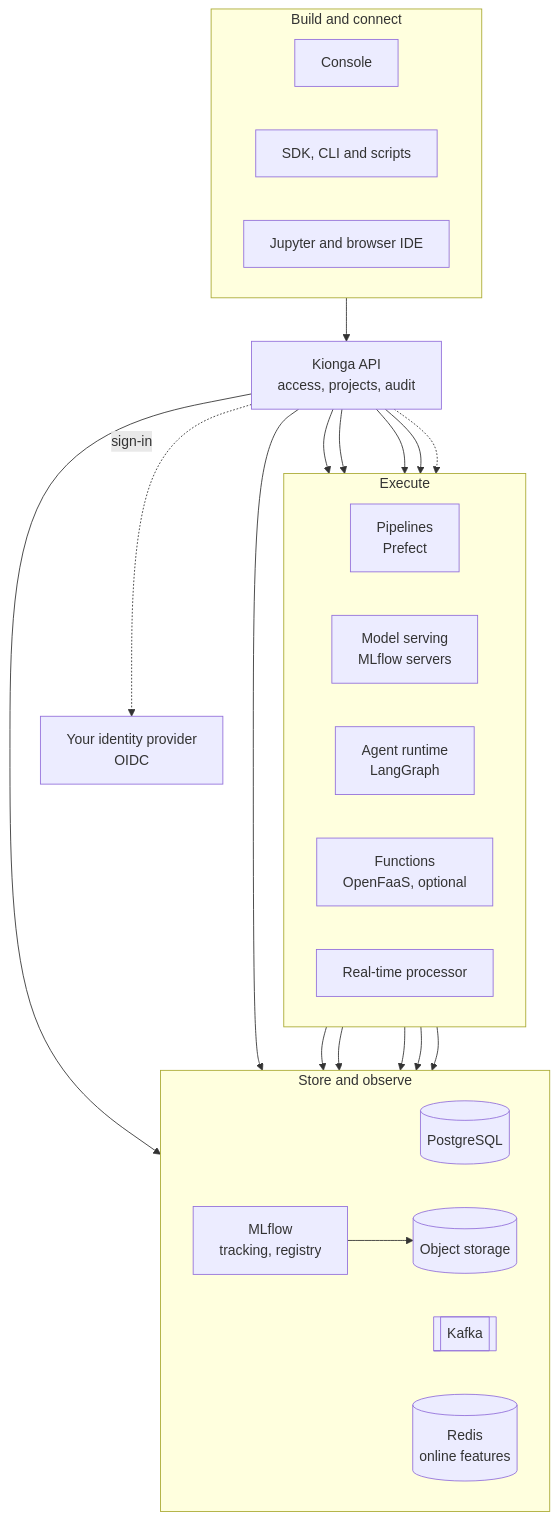
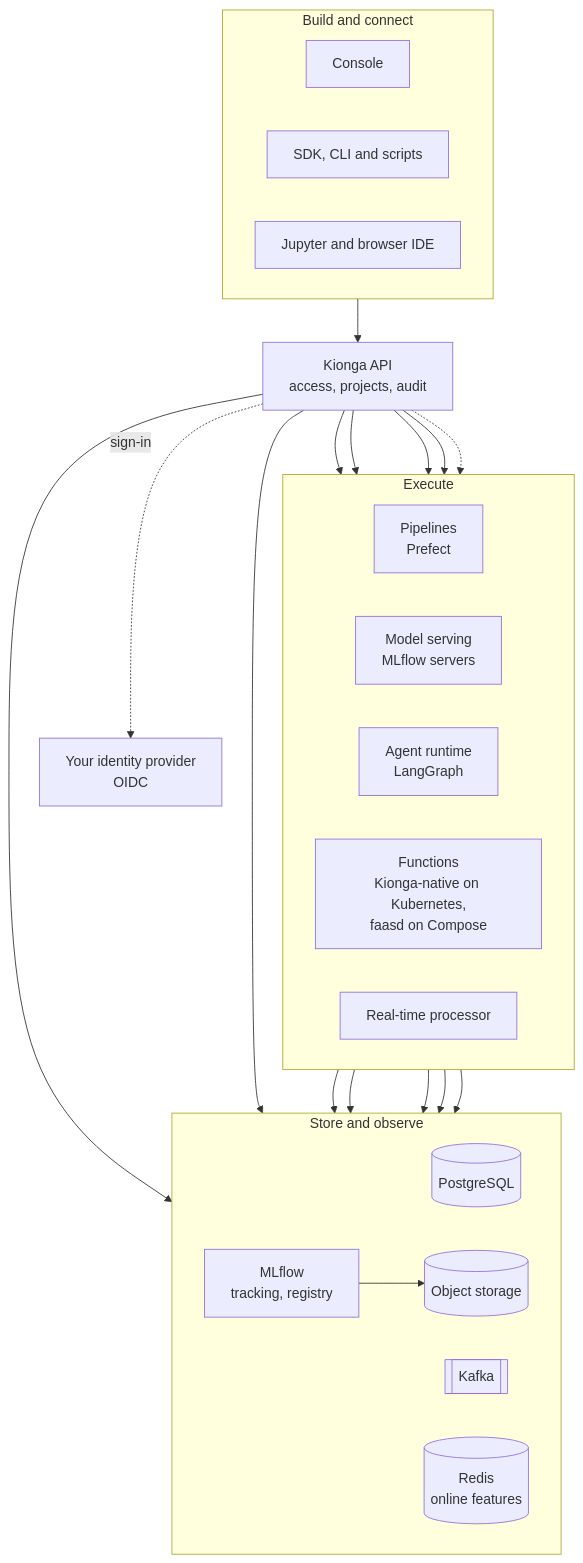
One commit to kiongahq/docs changed the diagram in docs/concepts/how-it-works.md. Above: the diagram before and after it, drawn with Mermaid. The commit also changed other lines of this file and 30 other files, not shown here.

First line of the commit message:
docs: applications, functions, model canary, prerequisites and managed operations on Kubernetes (#69)

````diff
--- a/docs/concepts/how-it-works.md
+++ b/docs/concepts/how-it-works.md
@@ -17,53 +17,53 @@
 ```mermaid
 flowchart TB
     accTitle: How Kionga works
     accDescr: Consoles, the SDK and workspaces call one Kionga API. The API checks identity with your OIDC provider, then hands work to pipelines, model serving, agents, functions and the real-time processor, which keep their state in PostgreSQL, Kafka, Redis, MLflow and object storage.
 
     %% 01 entry points
     subgraph clients["Build and connect"]
         direction LR
         console["Console"]
         code["SDK, CLI and scripts"]
         ws["Jupyter and browser IDE"]
     end
 
     %% 02 the platform core
     api["Kionga API<br/>access, projects, audit"]
     idp["Your identity provider<br/>OIDC"]
 
     %% 03 engines
     subgraph engines["Execute"]
         direction LR
         prefect["Pipelines<br/>Prefect"]
         serving["Model serving<br/>MLflow servers"]
         agents["Agent runtime<br/>LangGraph"]
-        functions["Functions<br/>OpenFaaS, optional"]
+        functions["Functions<br/>Kionga-native on Kubernetes,<br/>faasd on Compose"]
         stream["Real-time processor"]
     end
 
     %% 04 state
     subgraph data["Store and observe"]
         direction LR
         pg[("PostgreSQL")]
         kafka[["Kafka"]]
         redis[("Redis<br/>online features")]
         mlflow["MLflow<br/>tracking, registry"]
         obj[("Object storage")]
     end
 
     clients --> api
     api -. sign-in .-> idp
     api --> prefect & serving & agents & stream
     api -.-> functions
     api --> pg & kafka
     prefect --> mlflow
     serving --> mlflow
     agents --> pg
     stream --> kafka & redis
     mlflow --> obj
 
     class api core
     class pg,kafka,redis,mlflow,obj data
     class prefect,serving,agents,functions,stream runtime
     class idp external
 ```
````
